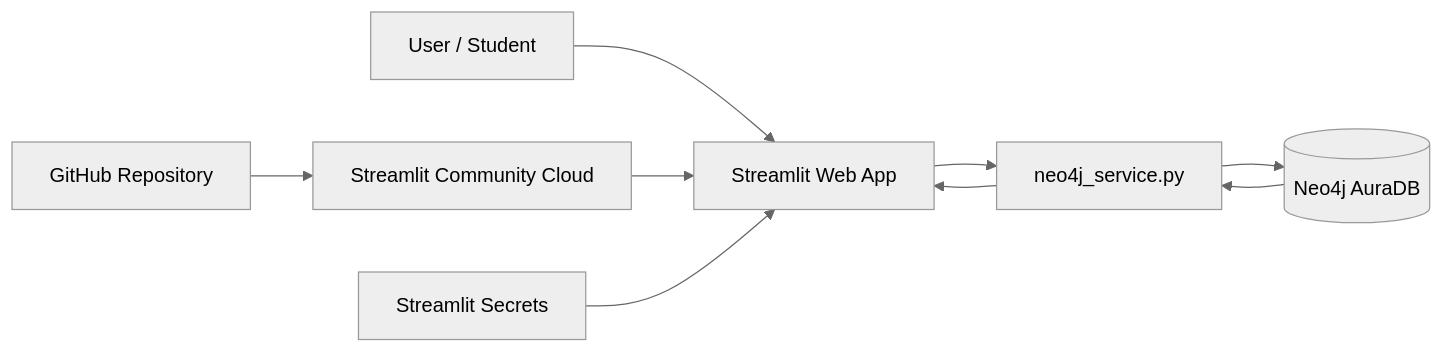
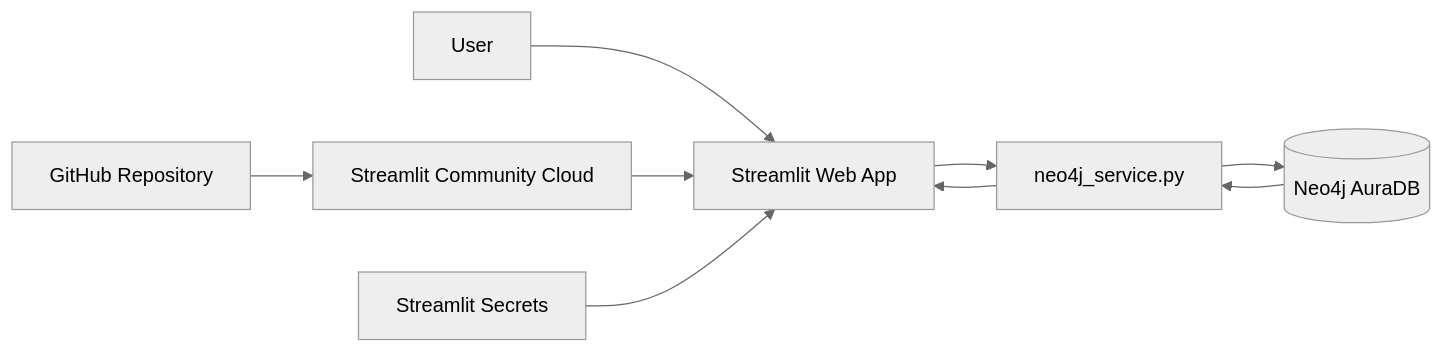
Before and after one commit to tabjit2005/MineralWater1: the first of 2 diagrams in docs/PROJECT_GUIDE_TH.md, drawn with Mermaid (neutral theme). The commit also changed other lines of this file and 6 other files, not shown here.

````diff
--- a/docs/PROJECT_GUIDE_TH.md
+++ b/docs/PROJECT_GUIDE_TH.md
@@ -20,11 +20,11 @@
 ```mermaid
 flowchart LR
-    U[User / Student] --> ST[Streamlit Web App]
+    U[User] --> ST[Streamlit Web App]
     ST --> PY[neo4j_service.py]
     PY --> NEO[(Neo4j AuraDB)]
     NEO --> PY
     PY --> ST
     GH[GitHub Repository] --> CLOUD[Streamlit Community Cloud]
     CLOUD --> ST
     SEC[Streamlit Secrets] --> ST
 ```
````
